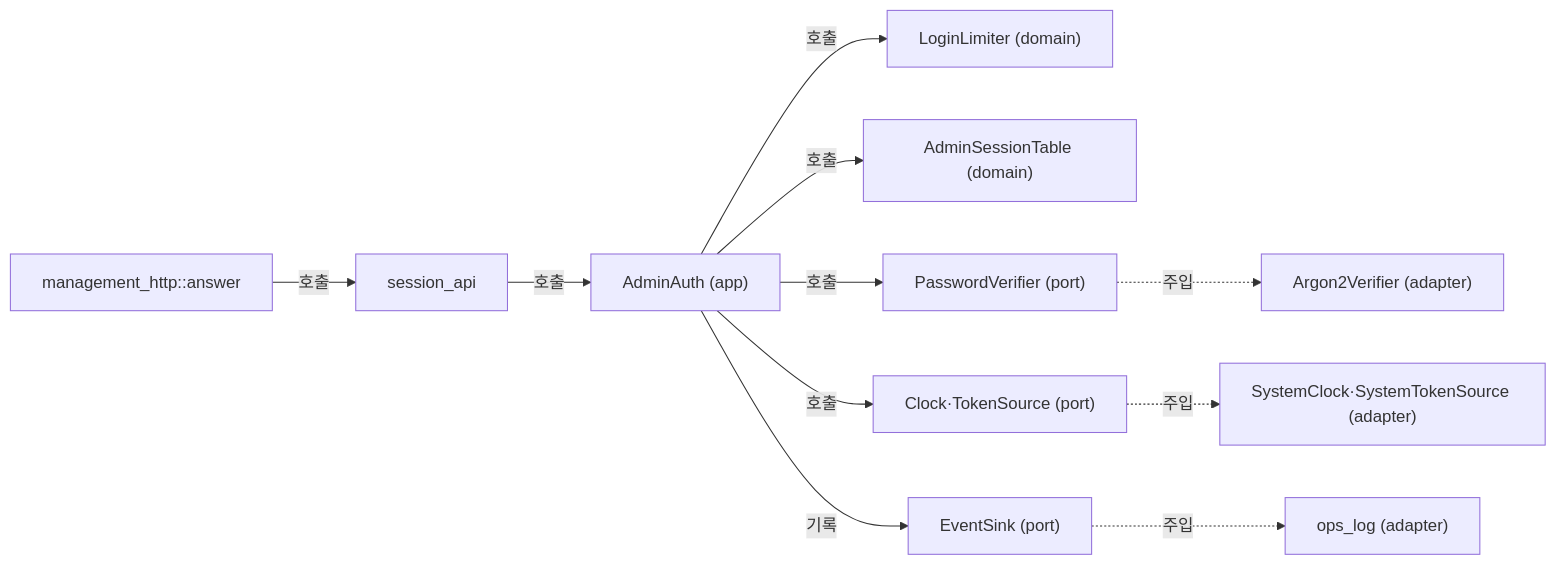
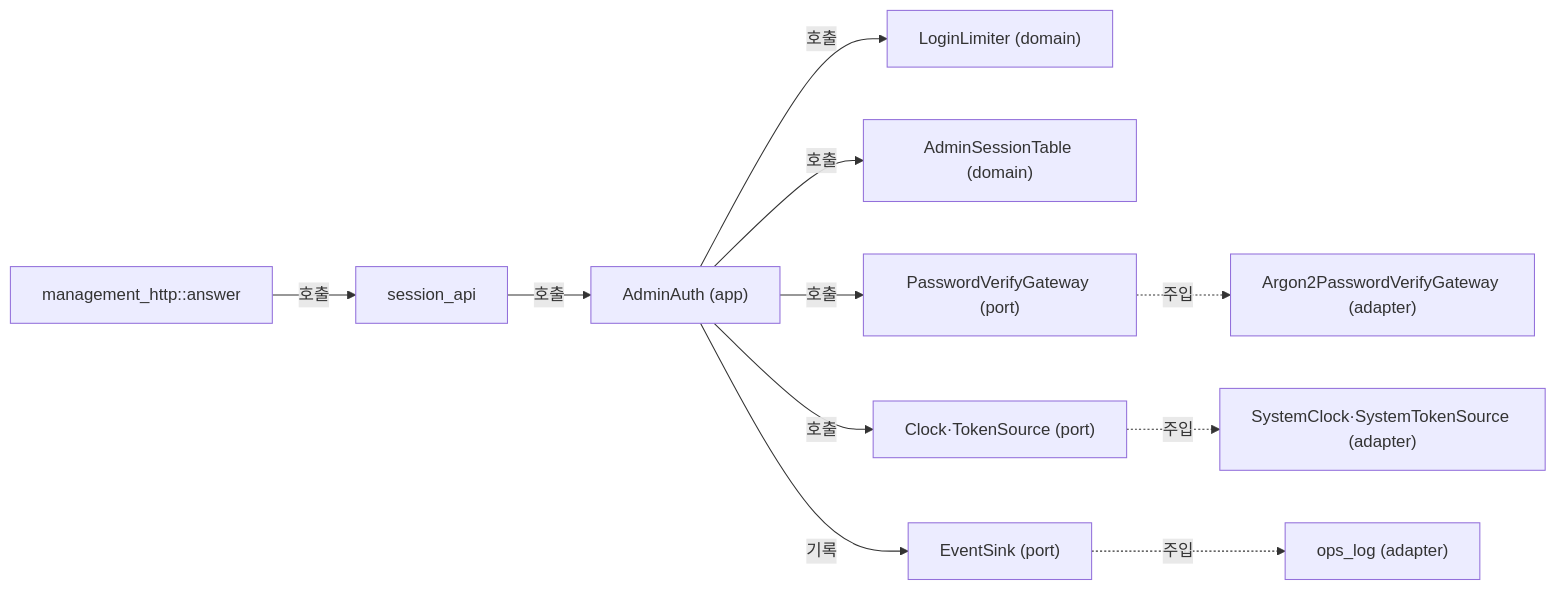
Before and after one commit to kayden-kim/vnc-relay: the diagram in docs/architectures/management-session.md, drawn with Mermaid. The commit also changed other lines of this file and 59 other files, not shown here.

````diff
--- a/docs/architectures/management-session.md
+++ b/docs/architectures/management-session.md
@@ -39,13 +39,13 @@
 ```mermaid
 flowchart LR
     H["management_http::answer"] -->|"호출"| S["session_api"]
     S -->|"호출"| A["AdminAuth (app)"]
     A -->|"호출"| L["LoginLimiter (domain)"]
     A -->|"호출"| T["AdminSessionTable (domain)"]
-    A -->|"호출"| P["PasswordVerifier (port)"]
+    A -->|"호출"| P["PasswordVerifyGateway (port)"]
     A -->|"호출"| K["Clock·TokenSource (port)"]
     A -->|"기록"| E["EventSink (port)"]
-    P -.->|"주입"| V["Argon2Verifier (adapter)"]
+    P -.->|"주입"| V["Argon2PasswordVerifyGateway (adapter)"]
     K -.->|"주입"| C["SystemClock·SystemTokenSource (adapter)"]
     E -.->|"주입"| O["ops_log (adapter)"]
 ```
````
